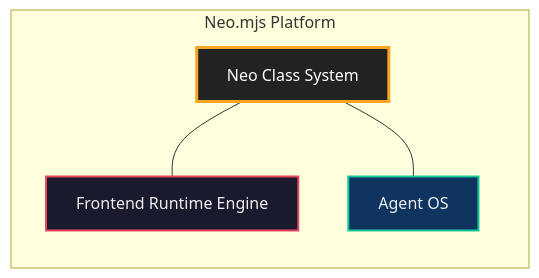
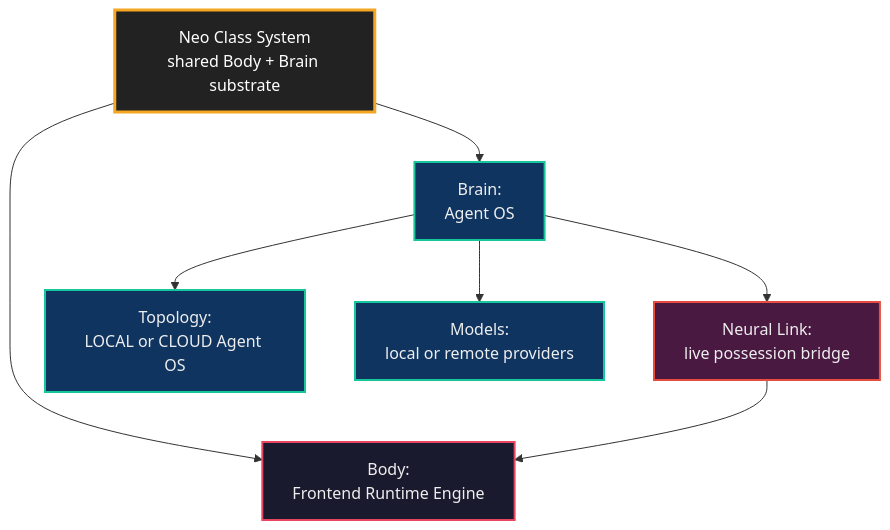
Before and after one commit to neomjs/neo: the first of 6 diagrams in learn/benefits/ArchitectureOverview.md, drawn with Mermaid. The commit also changed other lines of this file, not shown here.

Commit message:
docs(benefits): refresh architecture overview map (#14315)

````diff
--- a/learn/benefits/ArchitectureOverview.md
+++ b/learn/benefits/ArchitectureOverview.md
@@ -15,16 +25,21 @@
 ```mermaid
-graph LR
+flowchart TD
     classDef runtime fill:#1a1a2e,stroke:#e94560,stroke-width:2px,color:#eee
     classDef agentOS fill:#0f3460,stroke:#16c79a,stroke-width:2px,color:#eee
+    classDef bridge fill:#4a1942,stroke:#e74c3c,stroke-width:2px,color:#eee
     classDef core fill:#222,stroke:#f5a623,stroke-width:3px,color:#fff
 
-    subgraph Platform["Neo.mjs Platform"]
-        direction TB
-        Core["Neo Class System"]:::core
-        Runtime["Frontend Runtime Engine"]:::runtime
-        AgentOS["Agent OS"]:::agentOS
+    Core["Neo Class System<br/>shared Body + Brain substrate"]:::core
+    Body["Body:<br/>Frontend Runtime Engine"]:::runtime
+    Brain["Brain:<br/>Agent OS"]:::agentOS
+    Link["Neural Link:<br/>live possession bridge"]:::bridge
+    LocalCloud["Topology:<br/>LOCAL or CLOUD Agent OS"]:::agentOS
+    Models["Models:<br/>local or remote providers"]:::agentOS
 
-        Core --- Runtime
-        Core --- AgentOS
-    end
+    Core --> Body
+    Core --> Brain
+    Brain --> Link
+    Link --> Body
+    Brain --> LocalCloud
+    Brain --> Models
 ```
````
